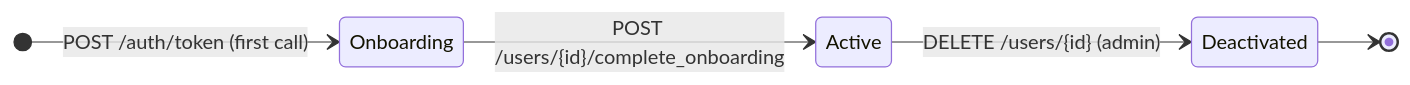
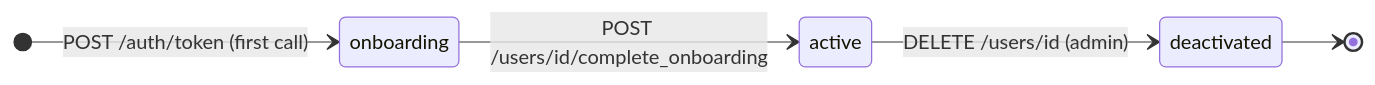
The second of 2 diagrams in api-reference/modules/overview.mdx (anu19981/aarokya-backend), drawn with Mermaid before and after one commit. The commit also changed other lines of this file and 15 other files, not shown here.

````diff
--- a/api-reference/modules/overview.mdx
+++ b/api-reference/modules/overview.mdx
@@ -88,8 +122,8 @@
 ```mermaid
 stateDiagram-v2
     direction LR
-    [*] --> Onboarding : POST /auth/token (first call)
-    Onboarding --> Active : POST /users/{id}/complete_onboarding
-    Active --> Deactivated : DELETE /users/{id} (admin)
-    Deactivated --> [*]
+    [*] --> onboarding: POST /auth/token (first call)
+    onboarding --> active: POST /users/id/complete_onboarding
+    active --> deactivated: DELETE /users/id (admin)
+    deactivated --> [*]
 ```
````
